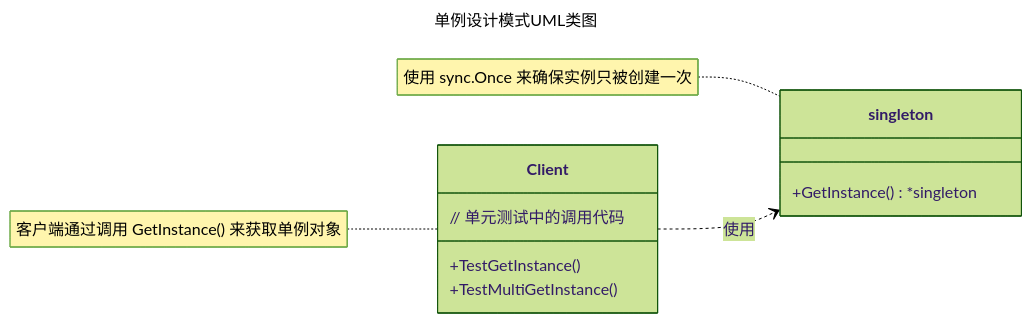
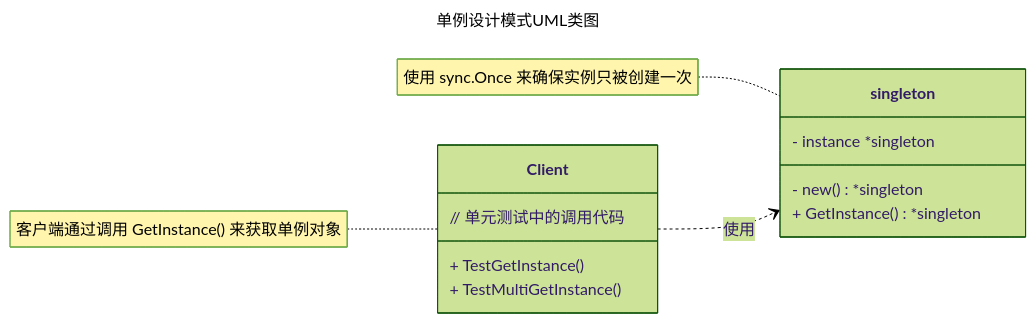
Before and after one commit to magicgopher/magicgopher-blog: the diagram in docs/zh/后端/01-Golang/03-Golang设计模式/02-单例模式.md, drawn with Mermaid (forest theme). The commit also changed other lines of this file and 15 other files, not shown here.

````diff
--- a/docs/zh/后端/01-Golang/03-Golang设计模式/02-单例模式.md
+++ b/docs/zh/后端/01-Golang/03-Golang设计模式/02-单例模式.md
@@ -31,28 +29,30 @@
 ```mermaid
 ---
 title: 单例设计模式UML类图
 ---
 classDiagram
 	direction LR
 	%% 定义单例类
     class singleton {
-        +GetInstance() *singleton
+        - instance *singleton
+        - new() *singleton
+        + GetInstance() *singleton
     }
 
     %% 定义客户端类，代表调用方
     class Client {
         // 单元测试中的调用代码
-        +TestGetInstance()
-        +TestMultiGetInstance()
+        + TestGetInstance()
+        + TestMultiGetInstance()
     }
 
     %% 关系：Client 依赖于 singleton 类
     %% Client 通过调用 GetInstance() 方法来使用 singleton 实例
     Client ..> singleton : 使用
 
     %% 为 singleton 类添加备注
     note for singleton "使用 sync.Once 来确保实例只被创建一次"
 
     %% 为 Client 类添加备注
     note for Client "客户端通过调用 GetInstance() 来获取单例对象"
 ```
````
